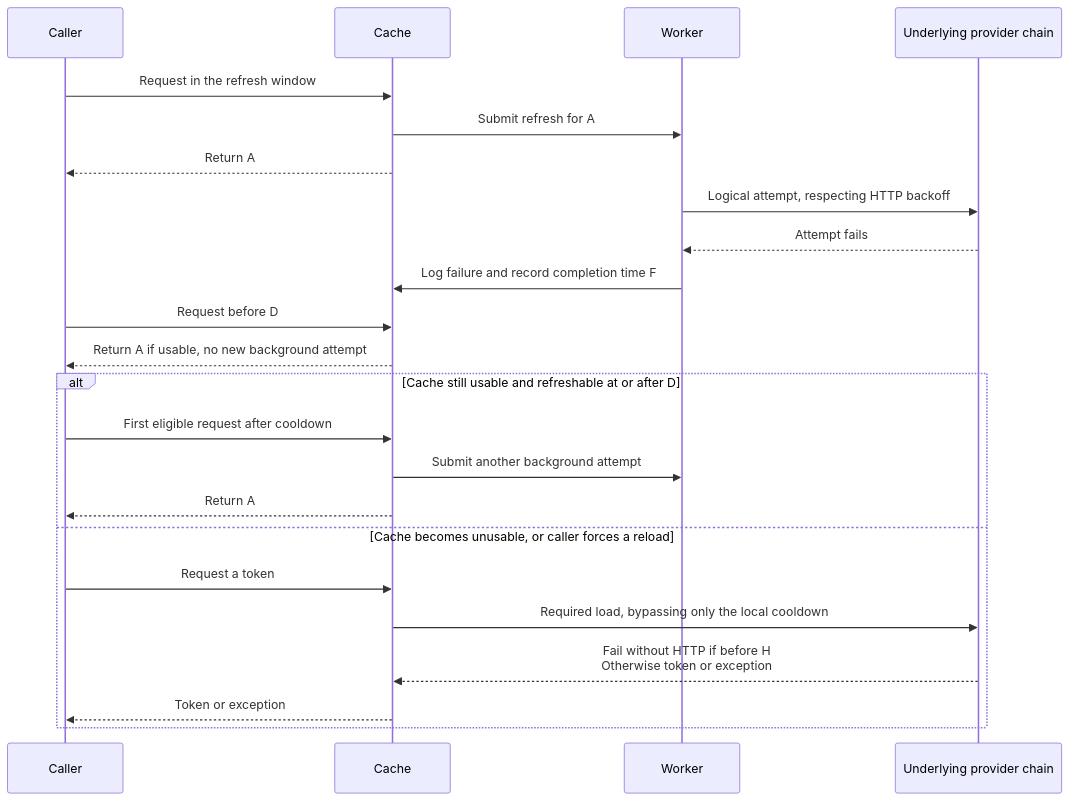
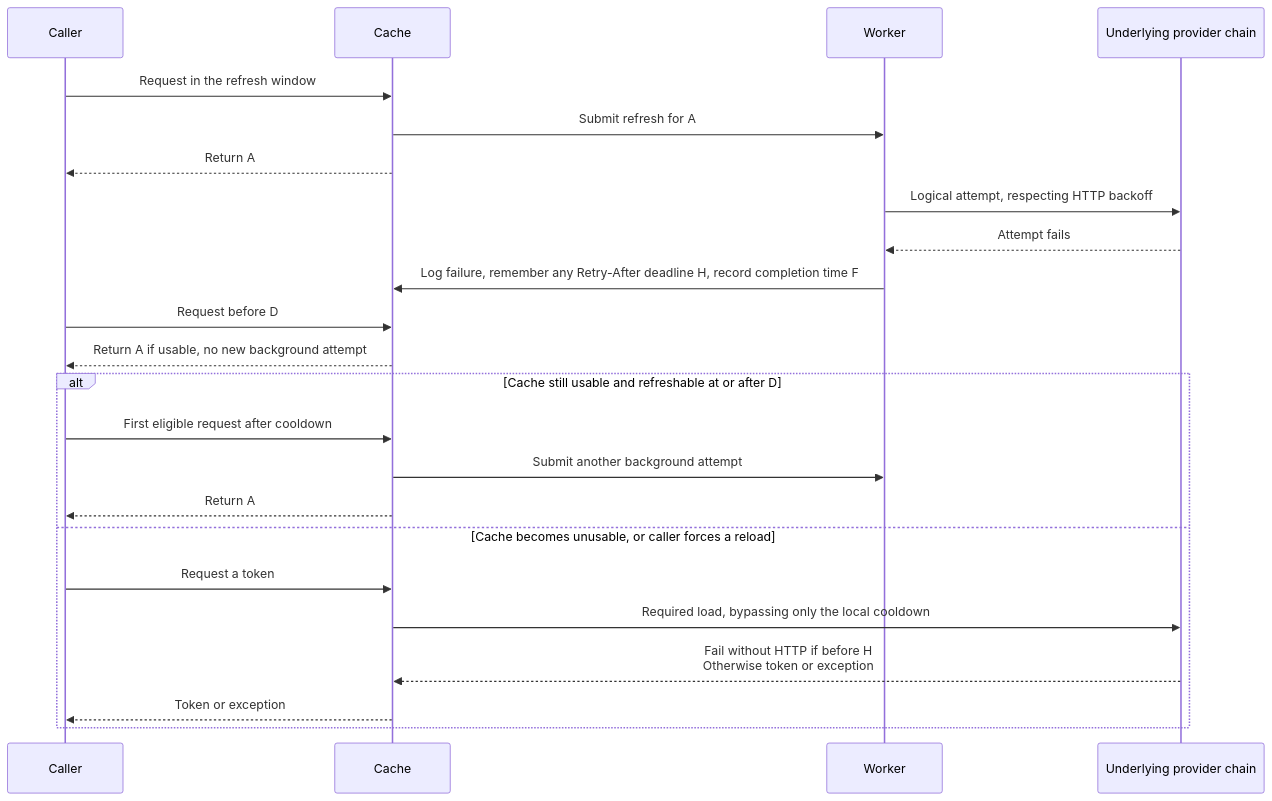
The fifth of 8 diagrams in jwt-client/docs/preemptive-refresh/README.md (entur/jwt-resource-server), drawn with Mermaid before and after one commit. The commit also changed other lines of this file and 4 other files, not shown here.

First line of the commit message:
Retain the learned Retry-After deadline in the preemptive cache

````diff
--- a/jwt-client/docs/preemptive-refresh/README.md
+++ b/jwt-client/docs/preemptive-refresh/README.md
@@ -141,25 +141,25 @@
 ```mermaid
 sequenceDiagram
     participant Caller
     participant Cache
     participant Worker
     participant Provider as Underlying provider chain
     Caller->>Cache: Request in the refresh window
     Cache->>Worker: Submit refresh for A
     Cache-->>Caller: Return A
     Worker->>Provider: Logical attempt, respecting HTTP backoff
     Provider-->>Worker: Attempt fails
-    Worker->>Cache: Log failure and record completion time F
+    Worker->>Cache: Log failure, remember any Retry-After deadline H, record completion time F
     Caller->>Cache: Request before D
     Cache-->>Caller: Return A if usable, no new background attempt
     alt Cache still usable and refreshable at or after D
         Caller->>Cache: First eligible request after cooldown
         Cache->>Worker: Submit another background attempt
         Cache-->>Caller: Return A
     else Cache becomes unusable, or caller forces a reload
         Caller->>Cache: Request a token
         Cache->>Provider: Required load, bypassing only the local cooldown
         Provider-->>Cache: Fail without HTTP if before H<br/>Otherwise token or exception
         Cache-->>Caller: Token or exception
     end
 ```
````
